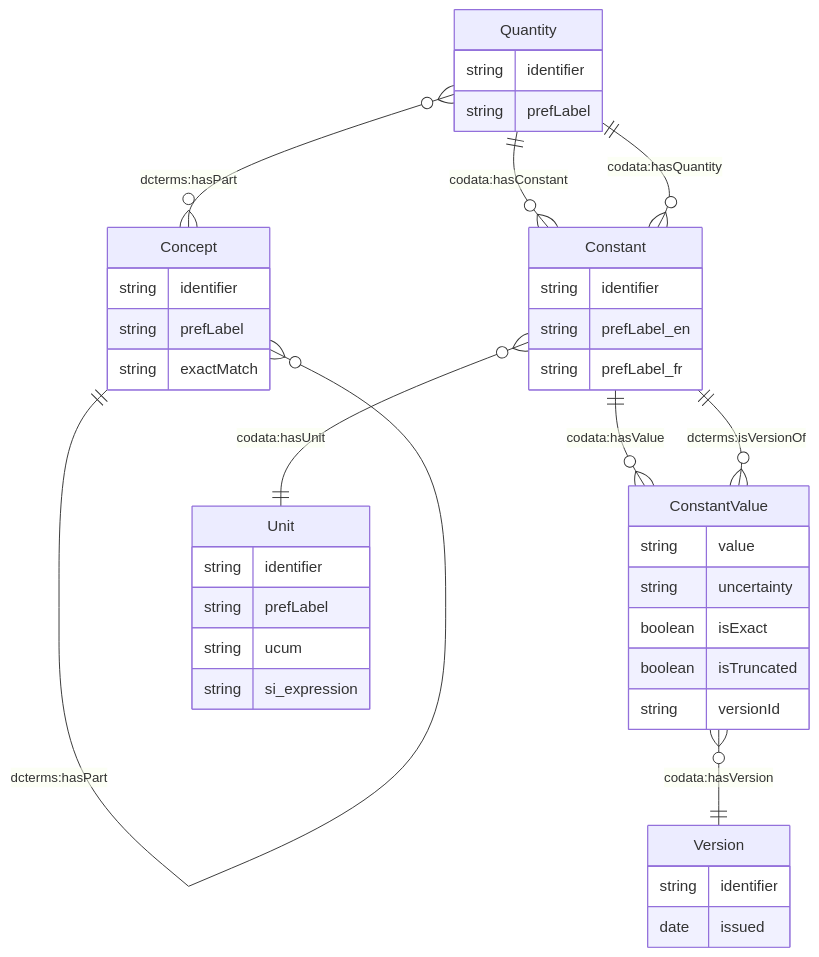
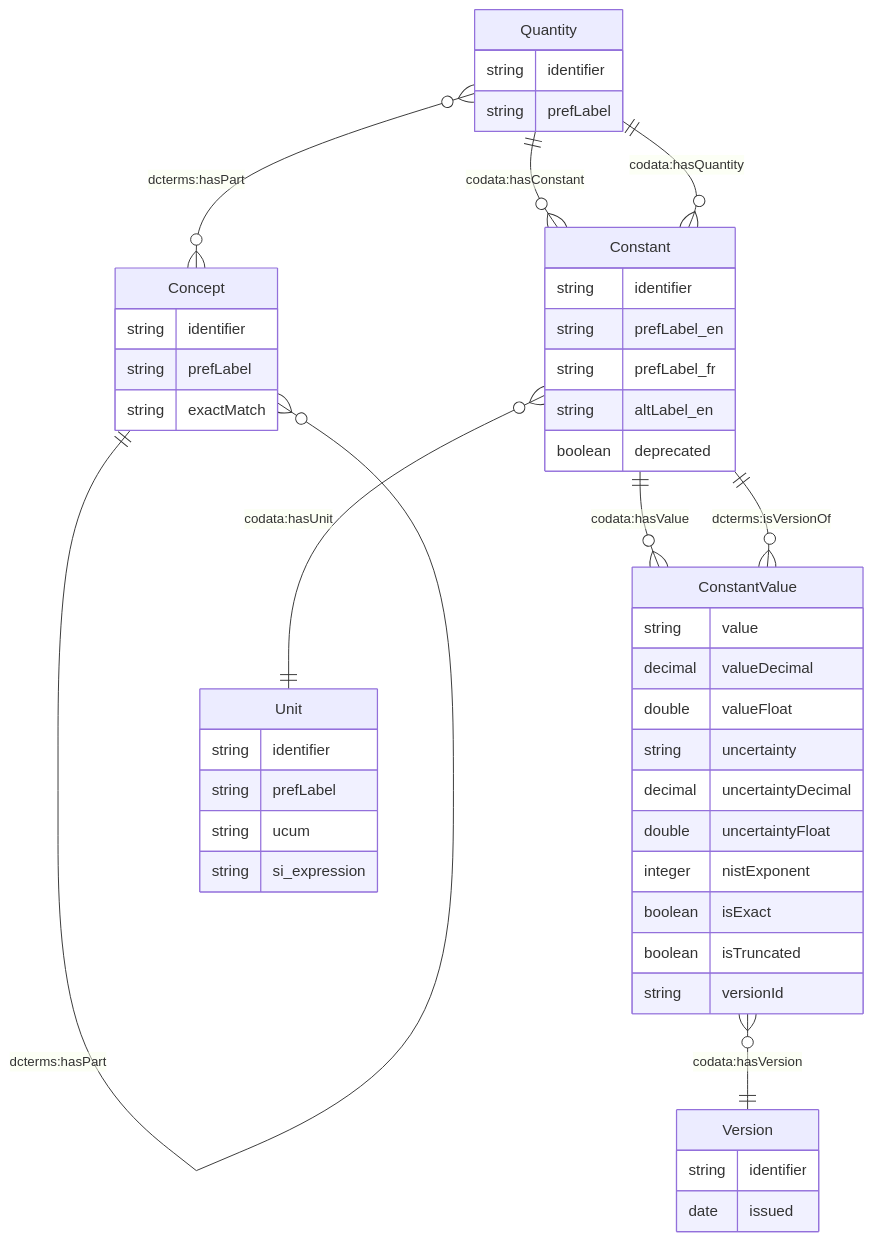
The diagram in docs/CODATA_CONSTANTS_MODEL.md (codata/drum-constants), drawn with Mermaid before and after one commit. The commit also changed other lines of this file and 29 other files, not shown here.

````diff
--- a/docs/CODATA_CONSTANTS_MODEL.md
+++ b/docs/CODATA_CONSTANTS_MODEL.md
@@ -55,49 +73,56 @@
 ```mermaid
 erDiagram
     Concept ||--o{ Concept : "skos:broader"
     Concept ||--o{ Concept : "dcterms:hasPart"
     Quantity }o--o{ Concept : "dcterms:hasPart"
     Quantity ||--o{ Constant : "codata:hasConstant"
     Constant }o--|| Quantity : "codata:hasQuantity"  
     Constant ||--o{ ConstantValue : "codata:hasValue"
     Constant }o--|| Unit : "codata:hasUnit"
     ConstantValue }o--|| Constant : "dcterms:isVersionOf"
     ConstantValue }o--|| Version : "codata:hasVersion"
     
     Concept {
         string identifier
         string prefLabel
         string exactMatch
     }
     
     Quantity {
         string identifier
         string prefLabel
     }
     
     Constant {
         string identifier
         string prefLabel_en
         string prefLabel_fr
+        string altLabel_en
+        boolean deprecated
     }
     
     Unit {
         string identifier
         string prefLabel
         string ucum
         string si_expression
     }
     
     Version {
         string identifier
         date issued
     }
     
     ConstantValue {
         string value
+        decimal valueDecimal
+        double valueFloat
         string uncertainty
+        decimal uncertaintyDecimal
+        double uncertaintyFloat
+        integer nistExponent
         boolean isExact
         boolean isTruncated
         string versionId
     }
 ```
````
